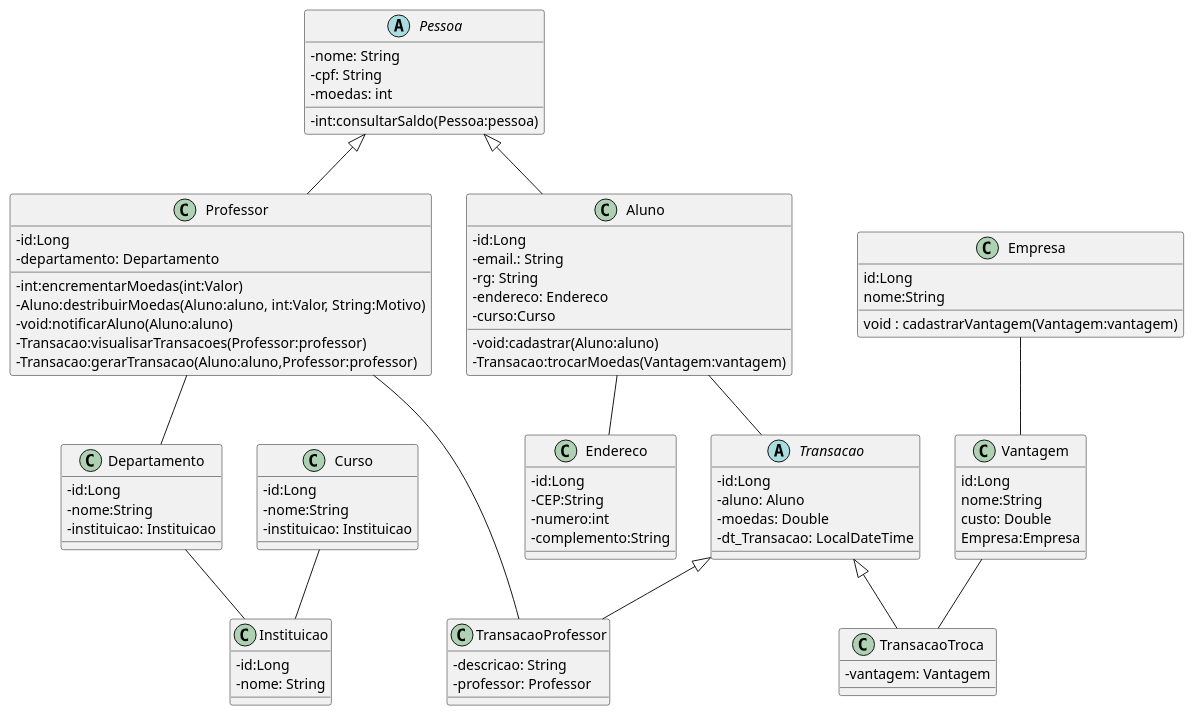
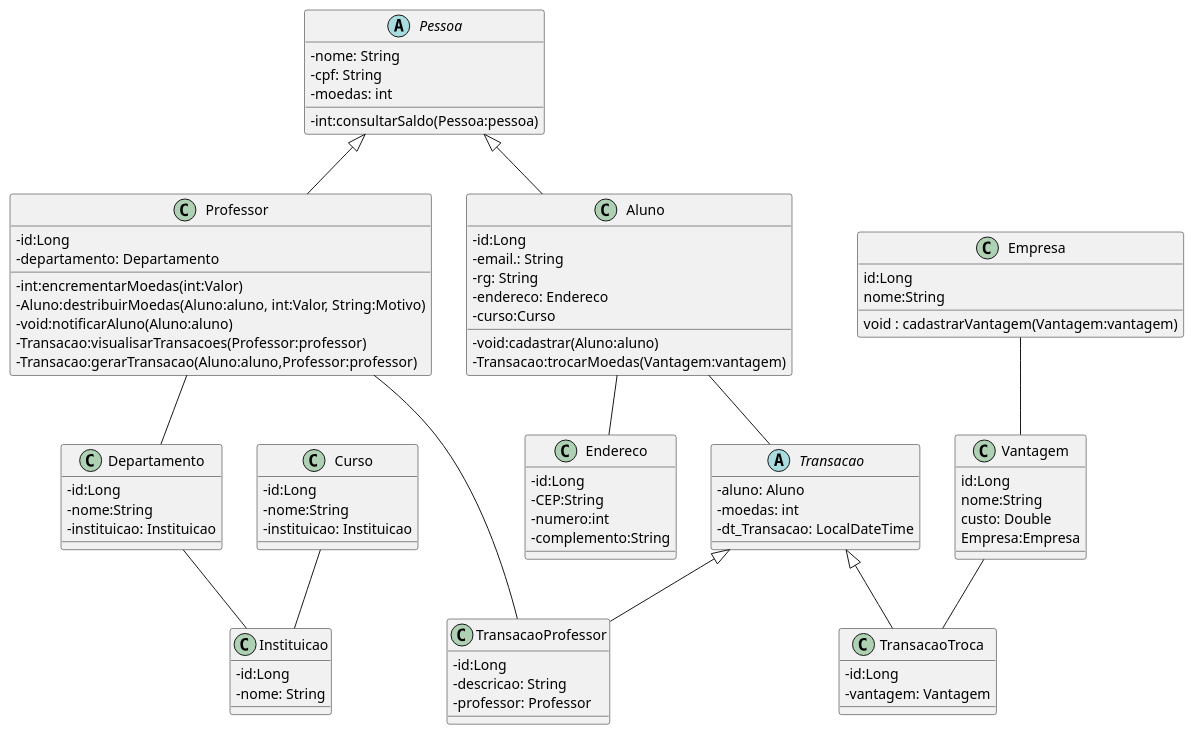
The diagram in projeto/diagramaDeClasses.puml (pedromaximocampos/LAB_03), drawn with PlantUML before and after one commit. The commit also changed 12 other files, not shown here.

```diff
--- a/projeto/diagramaDeClasses.puml
+++ b/projeto/diagramaDeClasses.puml
@@ -1,96 +1,97 @@
-@startuml
+    @startuml
 skinparam classAttributeIconSize 0
 
 abstract class Pessoa{
 -nome: String
 -cpf: String
 -moedas: int
 -int:consultarSaldo(Pessoa:pessoa)
 }
 
 class Aluno extends Pessoa{
 -id:Long
 -email.: String
 -rg: String
 -endereco: Endereco
 -curso:Curso
 -void:cadastrar(Aluno:aluno)
 -Transacao:trocarMoedas(Vantagem:vantagem)
 }
 
 class Professor extends Pessoa{
 -id:Long
 -departamento: Departamento
 -int:encrementarMoedas(int:Valor)
 -Aluno:destribuirMoedas(Aluno:aluno, int:Valor, String:Motivo)
 -void:notificarAluno(Aluno:aluno)
 -Transacao:visualisarTransacoes(Professor:professor)
 -Transacao:gerarTransacao(Aluno:aluno,Professor:professor)
 }
 
 class Endereco{
 -id:Long
 -CEP:String
 -numero:int
 -complemento:String
 }
 
 class Instituicao{
 -id:Long
 -nome: String
 }
 
 class Departamento{
 -id:Long
 -nome:String
 -instituicao: Instituicao
 }
 
 class Curso{
 -id:Long
 -nome:String
 -instituicao: Instituicao
 }
 
 class TransacaoProfessor extends Transacao{
+-id:Long
 -descricao: String
 -professor: Professor
 }
 
 class TransacaoTroca extends Transacao{
+-id:Long
 -vantagem: Vantagem
 }
 
 abstract class Transacao{
--id:Long
 -aluno: Aluno
--moedas: Double
+-moedas: int
 -dt_Transacao: LocalDateTime
 }
 
 class Vantagem{
 id:Long
 nome:String
 custo: Double
 Empresa:Empresa
 }
 
 class Empresa{
 id:Long
 nome:String
 void : cadastrarVantagem(Vantagem:vantagem)
 }
 
 
 Aluno -- Transacao
 Aluno -- Endereco
 Empresa -- Vantagem
 Professor -- Departamento
 Professor -- TransacaoProfessor
 Departamento -- Instituicao
 Curso -- Instituicao
 Vantagem -- TransacaoTroca
 
 
 
 @enduml
```
